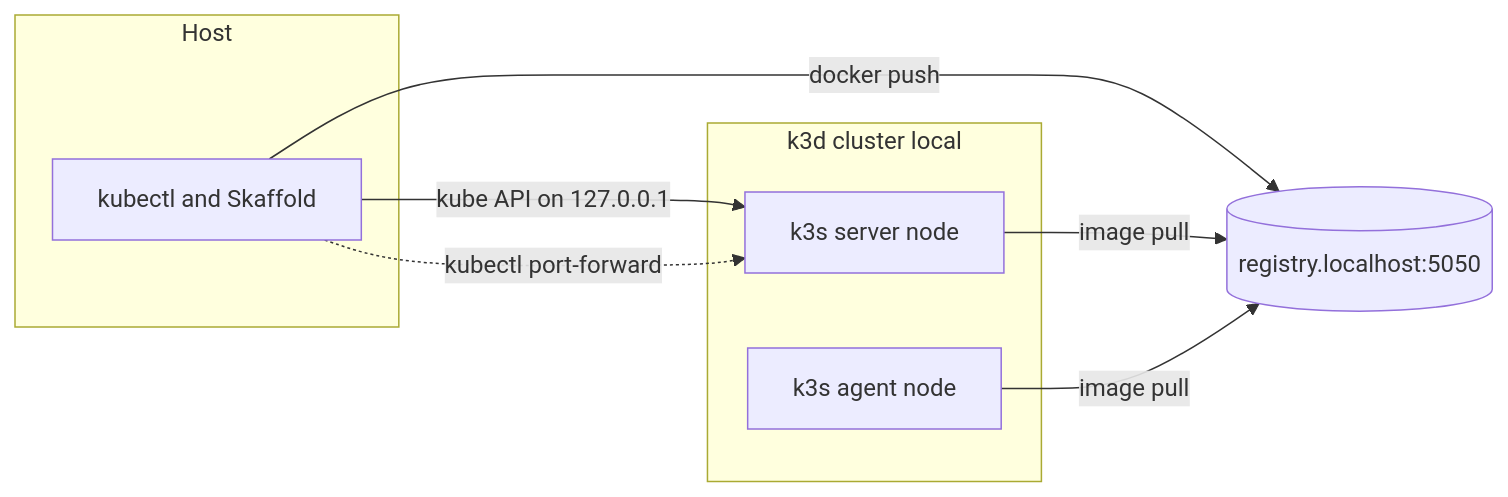
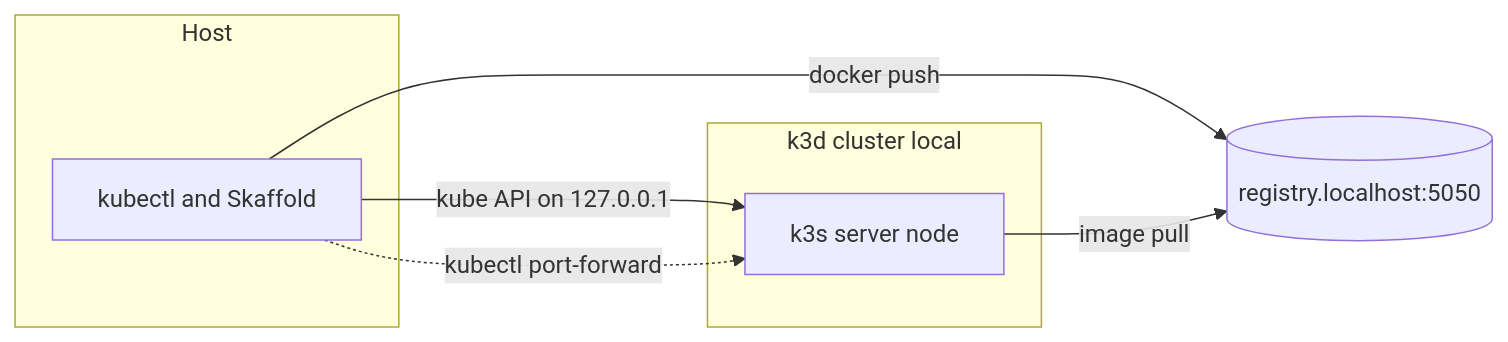
The first of 2 diagrams in docs/1. Setup/1.3. Kubernetes.md (LuiGGi629/agentops-open-course), drawn with Mermaid before and after one commit. The commit also changed other lines of this file and 160 other files, not shown here.

````diff
--- a/docs/1. Setup/1.3. Kubernetes.md
+++ b/docs/1. Setup/1.3. Kubernetes.md
@@ -102,16 +102,14 @@
 ```mermaid
 flowchart LR
     subgraph Host
         CLI["kubectl and Skaffold"]
     end
     subgraph Cluster["k3d cluster local"]
         SRV["k3s server node"]
-        AGT["k3s agent node"]
     end
     REG[("registry.localhost:5050")]
     CLI -->|"kube API on 127.0.0.1"| SRV
     CLI -->|"docker push"| REG
     SRV -->|"image pull"| REG
-    AGT -->|"image pull"| REG
     CLI -.->|"kubectl port-forward"| SRV
 ```
````
